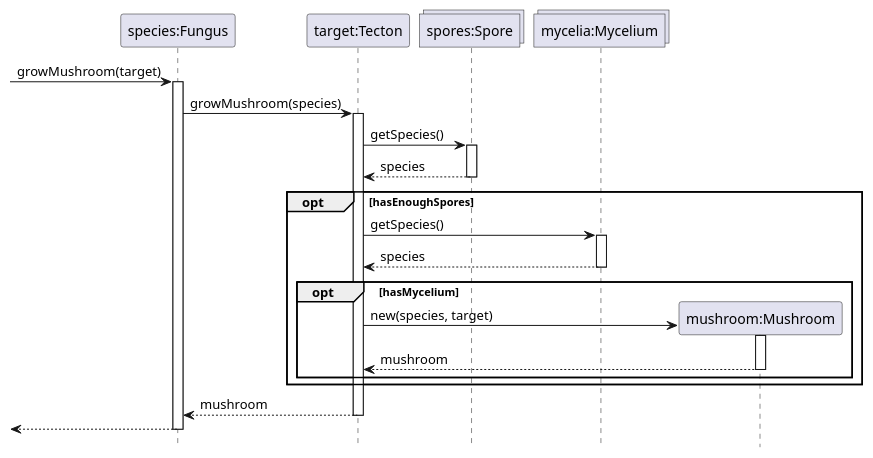
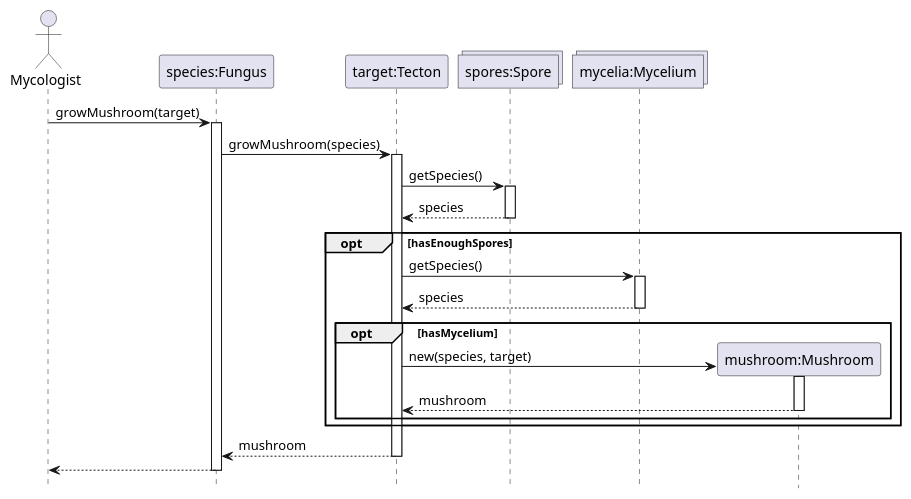
The diagram in Fungus/grow-mushroom.pu (ZD4ve/projlab-error521), drawn with PlantUML before and after one commit. The commit also changed 12 other files, not shown here.

Commit message:
removed unnecessary refs, added actors to seq diagrams

```diff
--- a/Fungus/grow-mushroom.pu
+++ b/Fungus/grow-mushroom.pu
@@ -1,36 +1,38 @@
 @startuml Fungus/grow-mushroom
 hide footbox
 
+actor Mycologist
 participant "species:Fungus" as fungus
 participant "target:Tecton" as target
 collections "spores:Spore" as spore
 collections "mycelia:Mycelium" as mycelium
 participant "mushroom:Mushroom" as mushroom
 
--> fungus : growMushroom(target)
+' TODO how does he know the target?
+Mycologist -> fungus : growMushroom(target)
 activate fungus
 
 fungus -> target: growMushroom(species)
 activate target
 
 target -> spore : getSpecies()
 activate spore
 return species
 
 opt hasEnoughSpores
     target -> mycelium : getSpecies()
     activate mycelium
     return species
     opt hasMycelium
         create mushroom
         target -> mushroom : new(species, target)
         activate mushroom
         return mushroom
     end
 end
 
 return mushroom
 
 return
 
 @enduml
```
